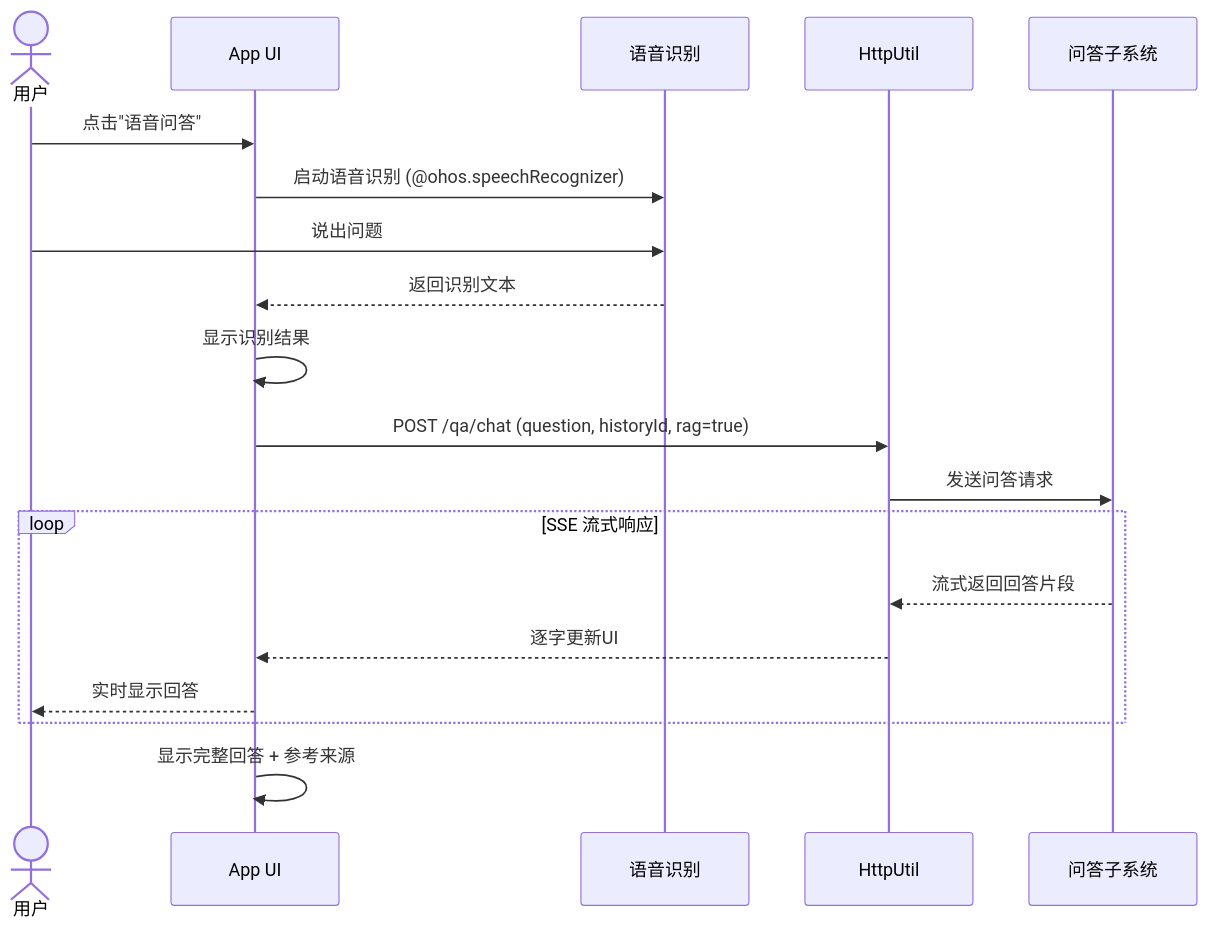
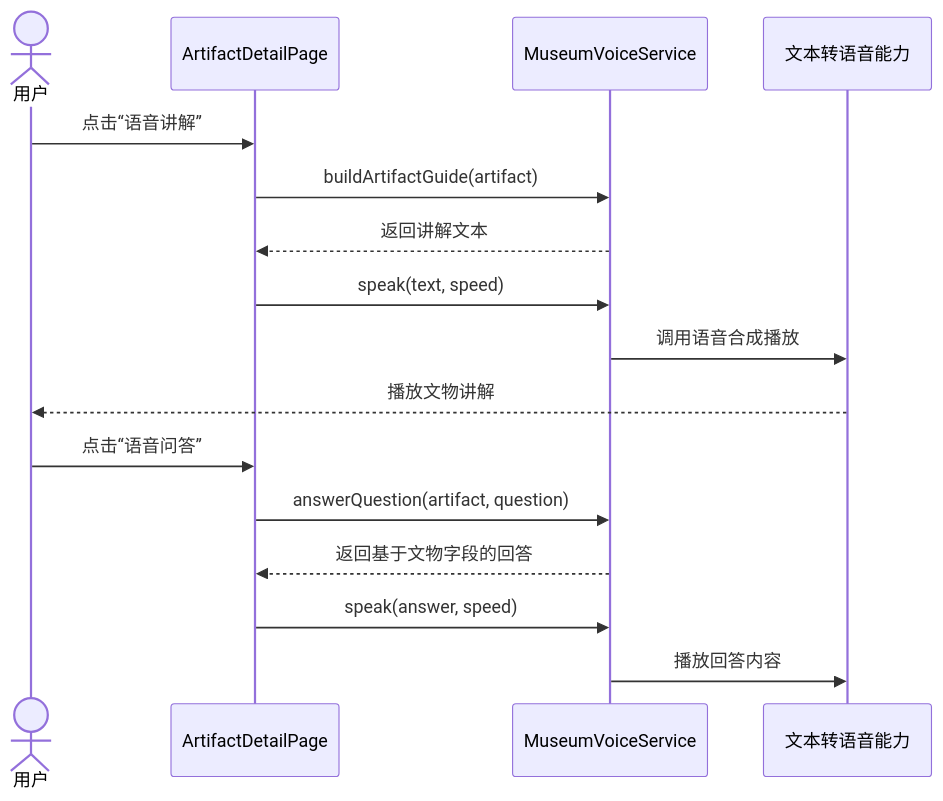
The fifth of 6 diagrams in Doc/需求规格说明书.md (BUCT-CS2301/PalmMuseum), drawn with Mermaid before and after one commit. The commit also changed other lines of this file, not shown here.

````diff
--- a/Doc/需求规格说明书.md
+++ b/Doc/需求规格说明书.md
@@ -303,25 +326,20 @@
 ```mermaid
 sequenceDiagram
     actor 用户
-    participant App as App UI
-    participant ASR as 语音识别
-    participant HttpUtil as HttpUtil
-    participant QA as 问答子系统
+    participant Detail as ArtifactDetailPage
+    participant Voice as MuseumVoiceService
+    participant TTS as 文本转语音能力
 
-    用户->>App: 点击"语音问答"
-    App->>ASR: 启动语音识别 (@ohos.speechRecognizer)
-    用户->>ASR: 说出问题
-    ASR-->>App: 返回识别文本
-    
-    App->>App: 显示识别结果
-    App->>HttpUtil: POST /qa/chat (question, historyId, rag=true)
-    HttpUtil->>QA: 发送问答请求
-    
-    loop SSE 流式响应
-        QA-->>HttpUtil: 流式返回回答片段
-        HttpUtil-->>App: 逐字更新UI
-        App-->>用户: 实时显示回答
-    end
-    
-    App->>App: 显示完整回答 + 参考来源
+    用户->>Detail: 点击“语音讲解”
+    Detail->>Voice: buildArtifactGuide(artifact)
+    Voice-->>Detail: 返回讲解文本
+    Detail->>Voice: speak(text, speed)
+    Voice->>TTS: 调用语音合成播放
+    TTS-->>用户: 播放文物讲解
+
+    用户->>Detail: 点击“语音问答”
+    Detail->>Voice: answerQuestion(artifact, question)
+    Voice-->>Detail: 返回基于文物字段的回答
+    Detail->>Voice: speak(answer, speed)
+    Voice->>TTS: 播放回答内容
 ```
````
